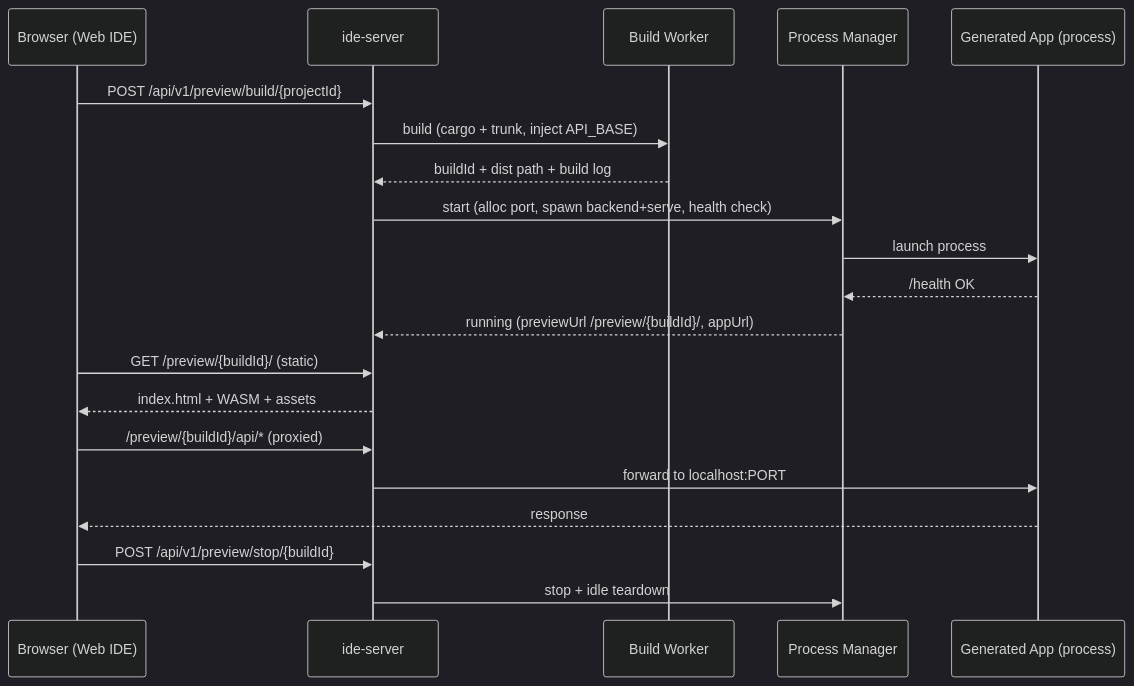
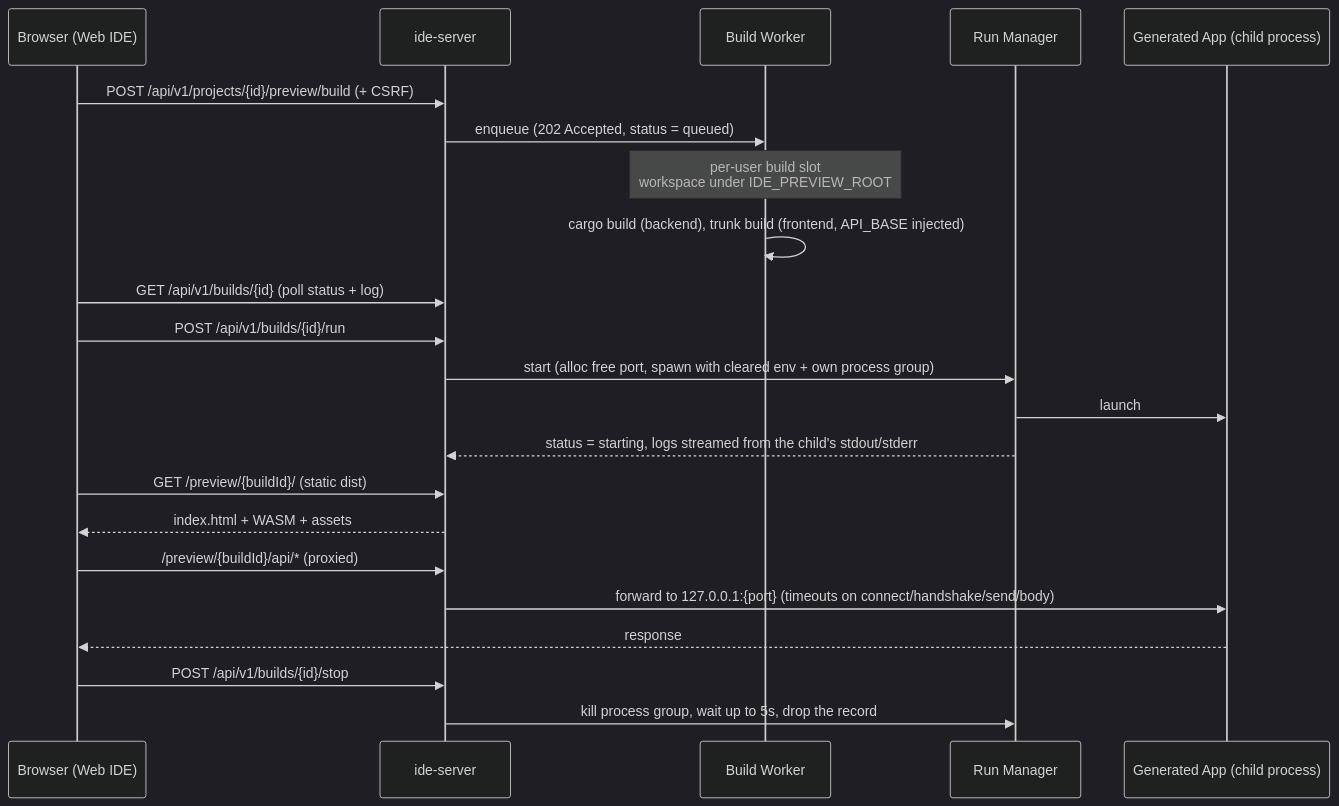
One commit to harrysuke/Bonafoid changed diagram 13 of 16 in docs/System Architecture Diagrams.md. Above: the diagram before and after it, drawn with Mermaid (dark theme). The commit also changed other lines of this file and 4138 other files, not shown here.

````diff
--- a/docs/System Architecture Diagrams.md
+++ b/docs/System Architecture Diagrams.md
@@ -656,22 +661,24 @@
 ```mermaid
 sequenceDiagram
     participant B as Browser (Web IDE)
     participant S as ide-server
     participant BW as Build Worker
-    participant PM as Process Manager
-    participant App as Generated App (process)
-    B->>S: POST /api/v1/preview/build/{projectId}
-    S->>BW: build (cargo + trunk, inject API_BASE)
-    BW-->>S: buildId + dist path + build log
-    S->>PM: start (alloc port, spawn backend+serve, health check)
-    PM->>App: launch process
-    App-->>PM: /health OK
-    PM-->>S: running (previewUrl /preview/{buildId}/, appUrl)
-    B->>S: GET /preview/{buildId}/ (static)
+    participant PM as Run Manager
+    participant App as Generated App (child process)
+    B->>S: POST /api/v1/projects/{id}/preview/build (+ CSRF)
+    S->>BW: enqueue (202 Accepted, status = queued)
+    Note over BW: per-user build slot<br/>workspace under IDE_PREVIEW_ROOT
+    BW->>BW: cargo build (backend), trunk build (frontend, API_BASE injected)
+    B->>S: GET /api/v1/builds/{id} (poll status + log)
+    B->>S: POST /api/v1/builds/{id}/run
+    S->>PM: start (alloc free port, spawn with cleared env + own process group)
+    PM->>App: launch
+    PM-->>S: status = starting, logs streamed from the child's stdout/stderr
+    B->>S: GET /preview/{buildId}/ (static dist)
     S-->>B: index.html + WASM + assets
     B->>S: /preview/{buildId}/api/* (proxied)
-    S->>App: forward to localhost:PORT
+    S->>App: forward to 127.0.0.1:{port} (timeouts on connect/handshake/send/body)
     App-->>B: response
-    B->>S: POST /api/v1/preview/stop/{buildId}
-    S->>PM: stop + idle teardown
+    B->>S: POST /api/v1/builds/{id}/stop
+    S->>PM: kill process group, wait up to 5s, drop the record
 ```
````
